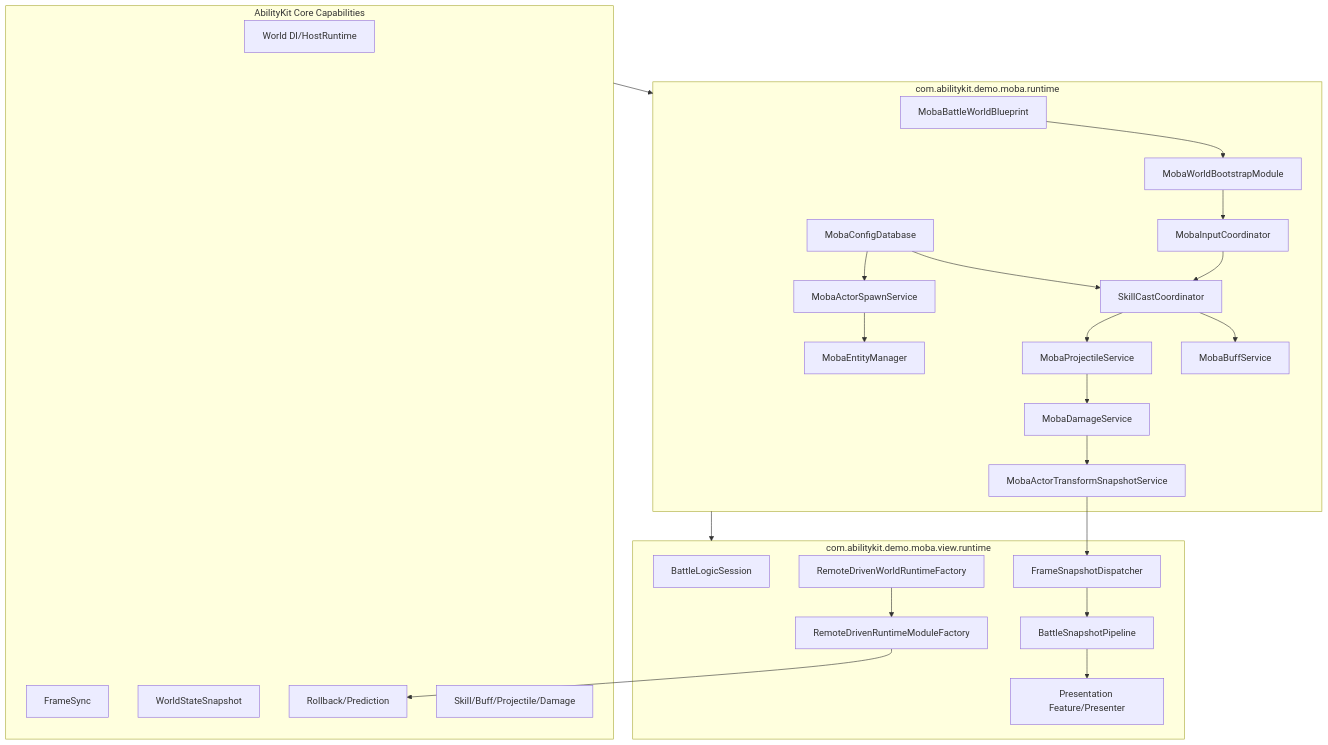
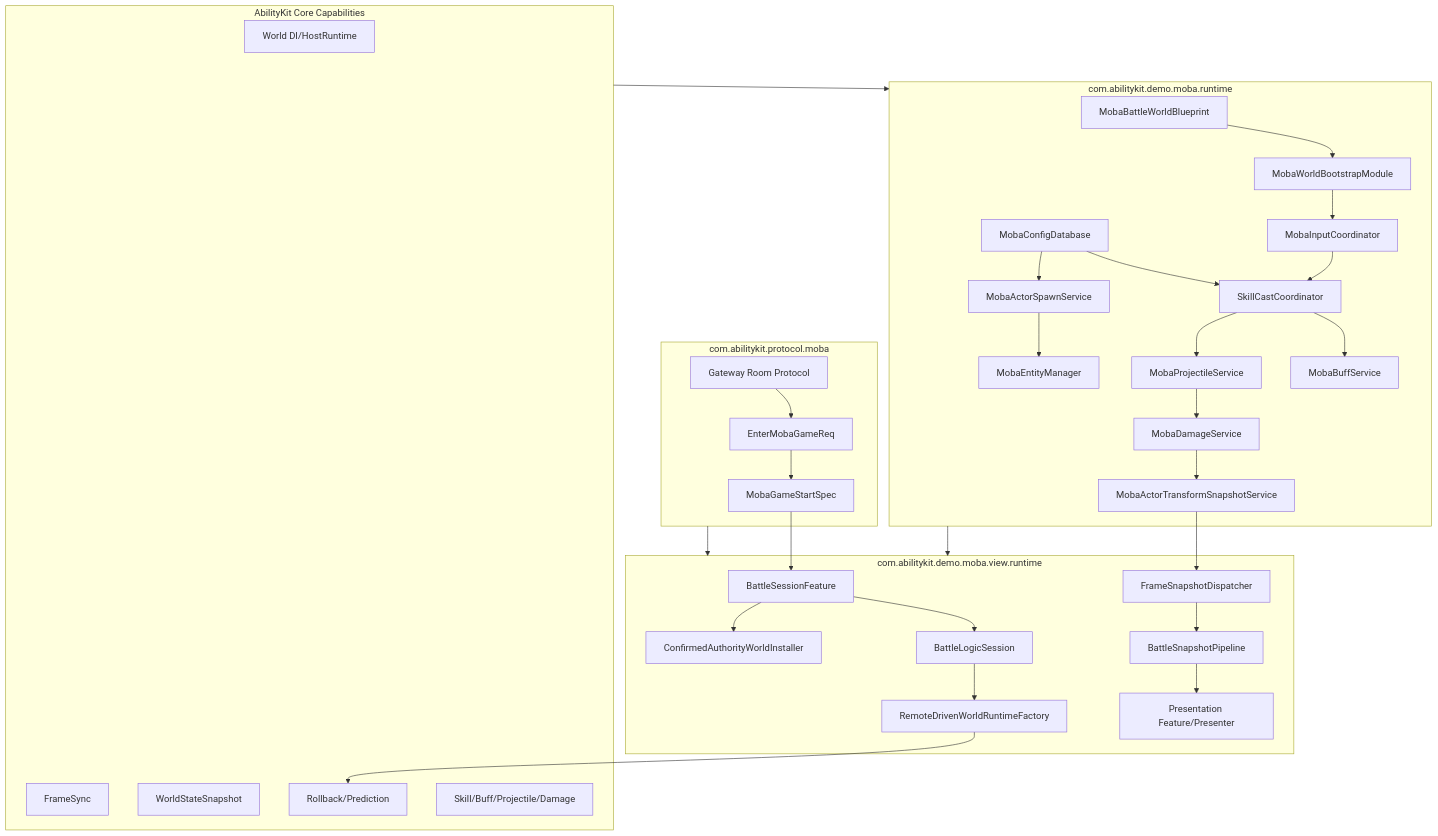
The first of 2 diagrams in Docs/design/09-ImplementationExamples/MOBA/00-Overview.md (Kurumioi/AbilityKit), drawn with Mermaid before and after one commit. The commit also changed other lines of this file and 291 other files, not shown here.

````diff
--- a/Docs/design/09-ImplementationExamples/MOBA/00-Overview.md
+++ b/Docs/design/09-ImplementationExamples/MOBA/00-Overview.md
@@ -26,46 +31,59 @@
 ```mermaid
 flowchart TB
     subgraph Runtime[com.abilitykit.demo.moba.runtime]
         Blueprint[MobaBattleWorldBlueprint]
         Bootstrap[MobaWorldBootstrapModule]
         Input[MobaInputCoordinator]
         Skill[SkillCastCoordinator]
         Config[MobaConfigDatabase]
         Entity[MobaEntityManager]
         Spawn[MobaActorSpawnService]
         Buff[MobaBuffService]
         Projectile[MobaProjectileService]
         Damage[MobaDamageService]
         Snapshot[MobaActorTransformSnapshotService]
     end
 
+    subgraph Protocol[com.abilitykit.protocol.moba]
+        Gateway[Gateway Room Protocol]
+        EnterGame[EnterMobaGameReq]
+        GameStart[MobaGameStartSpec]
+    end
+
     subgraph View[com.abilitykit.demo.moba.view.runtime]
+        Feature[BattleSessionFeature]
         Session[BattleLogicSession]
         RemoteFactory[RemoteDrivenWorldRuntimeFactory]
-        RemoteModules[RemoteDrivenRuntimeModuleFactory]
+        ConfirmedInstaller[ConfirmedAuthorityWorldInstaller]
         Dispatcher[FrameSnapshotDispatcher]
         Pipeline[BattleSnapshotPipeline]
         Presenter[Presentation Feature/Presenter]
     end
 
     subgraph Core[AbilityKit Core Capabilities]
         World[World DI/HostRuntime]
         FrameSync[FrameSync]
         StateSync[WorldStateSnapshot]
         Rollback[Rollback/Prediction]
         Gameplay[Skill/Buff/Projectile/Damage]
     end
 
+    Gateway --> EnterGame --> GameStart
+    GameStart --> Feature
+    Feature --> Session
+    Session --> RemoteFactory
+    Feature --> ConfirmedInstaller
     Blueprint --> Bootstrap --> Input --> Skill
     Config --> Skill
     Config --> Spawn
     Spawn --> Entity
     Skill --> Buff
     Skill --> Projectile
     Projectile --> Damage
     Damage --> Snapshot
     Snapshot --> Dispatcher --> Pipeline --> Presenter
-    RemoteFactory --> RemoteModules --> Rollback
+    RemoteFactory --> Rollback
     Core --> Runtime
     Runtime --> View
+    Protocol --> View
 ```
````
